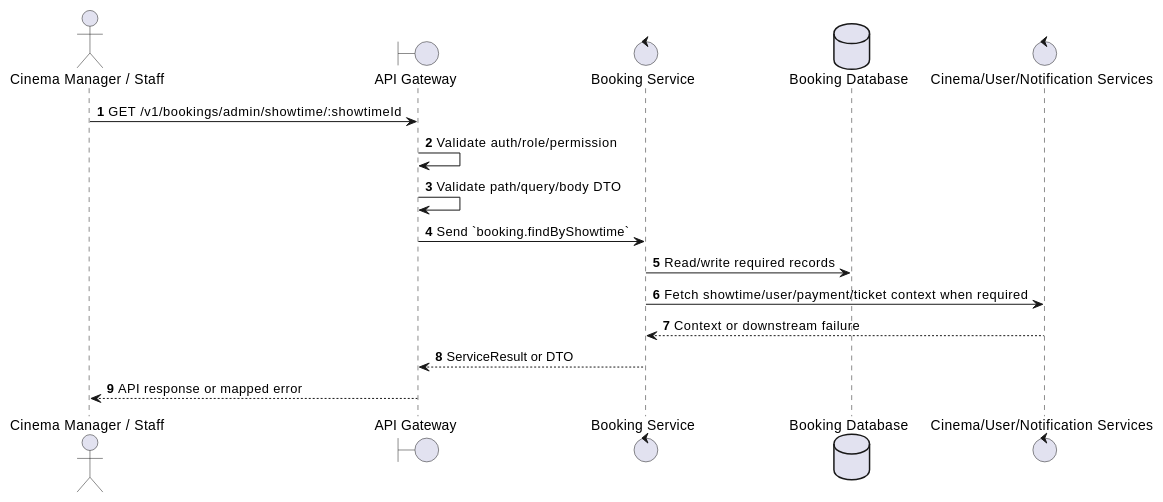
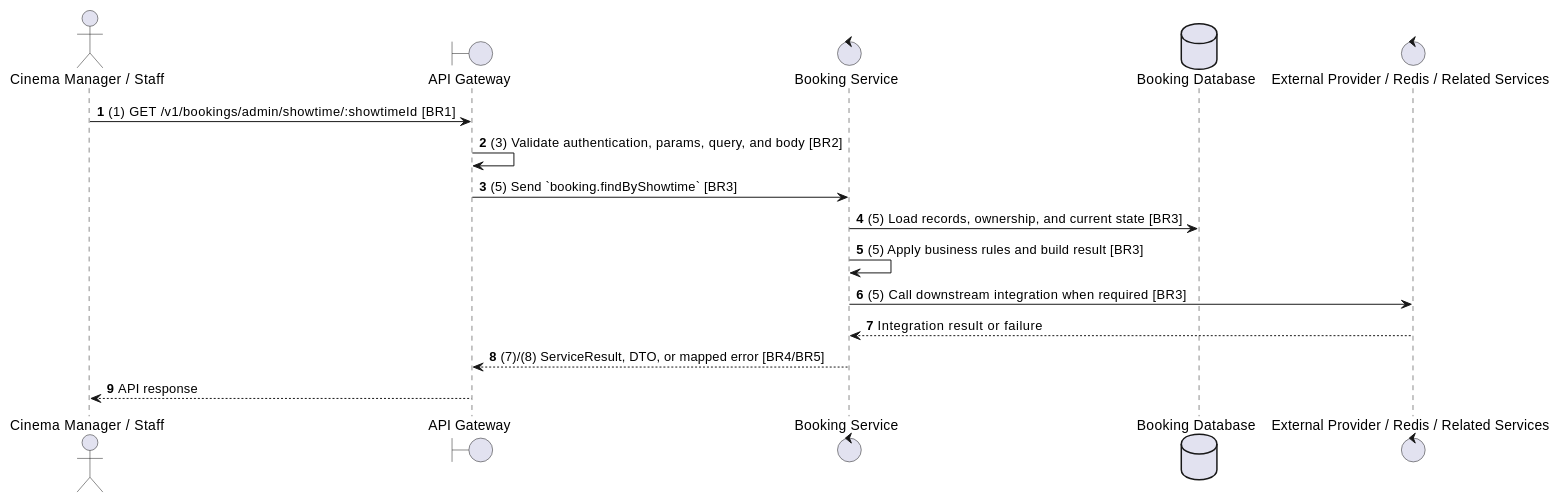
The second of 2 diagrams in docs/functional_specs/3.5.2_Admin_Booking_Operations/BK-A02_Find_Bookings_by_Showtime.md (Tanh1603/movie-hub-architecture), drawn with PlantUML before and after one commit. The commit also changed other lines of this file and 129 other files, not shown here.

````diff
--- a/docs/functional_specs/3.5.2_Admin_Booking_Operations/BK-A02_Find_Bookings_by_Showtime.md
+++ b/docs/functional_specs/3.5.2_Admin_Booking_Operations/BK-A02_Find_Bookings_by_Showtime.md
@@ -17,20 +64,20 @@
 ```plantuml
 @startuml
 autonumber
 actor "Cinema Manager / Staff" as Actor
 boundary "API Gateway" as GW
 control "Booking Service" as SVC
 database "Booking Database" as DB
-control "Cinema/User/Notification Services" as EXT
+control "External Provider / Redis / Related Services" as EXT
 
-Actor -> GW: GET /v1/bookings/admin/showtime/:showtimeId
-GW -> GW: Validate auth/role/permission
-GW -> GW: Validate path/query/body DTO
-GW -> SVC: Send `booking.findByShowtime`
-SVC -> DB: Read/write required records
-SVC -> EXT: Fetch showtime/user/payment/ticket context when required
-EXT --> SVC: Context or downstream failure
-SVC --> GW: ServiceResult or DTO
-GW --> Actor: API response or mapped error
+Actor -> GW: (1) GET /v1/bookings/admin/showtime/:showtimeId [BR1]
+GW -> GW: (3) Validate authentication, params, query, and body [BR2]
+GW -> SVC: (5) Send `booking.findByShowtime` [BR3]
+SVC -> DB: (5) Load records, ownership, and current state [BR3]
+SVC -> SVC: (5) Apply business rules and build result [BR3]
+SVC -> EXT: (5) Call downstream integration when required [BR3]
+EXT --> SVC: Integration result or failure
+SVC --> GW: (7)/(8) ServiceResult, DTO, or mapped error [BR4/BR5]
+GW --> Actor: API response
 @enduml
 ```
````
